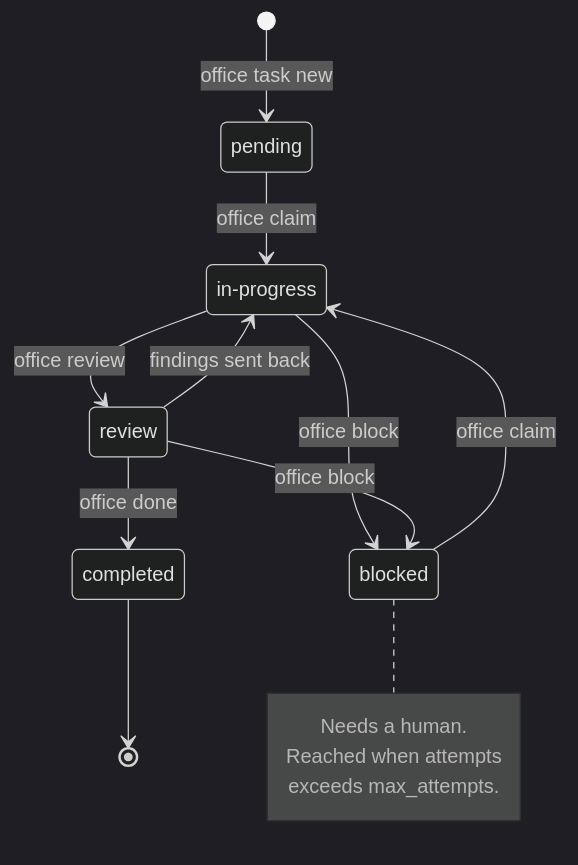
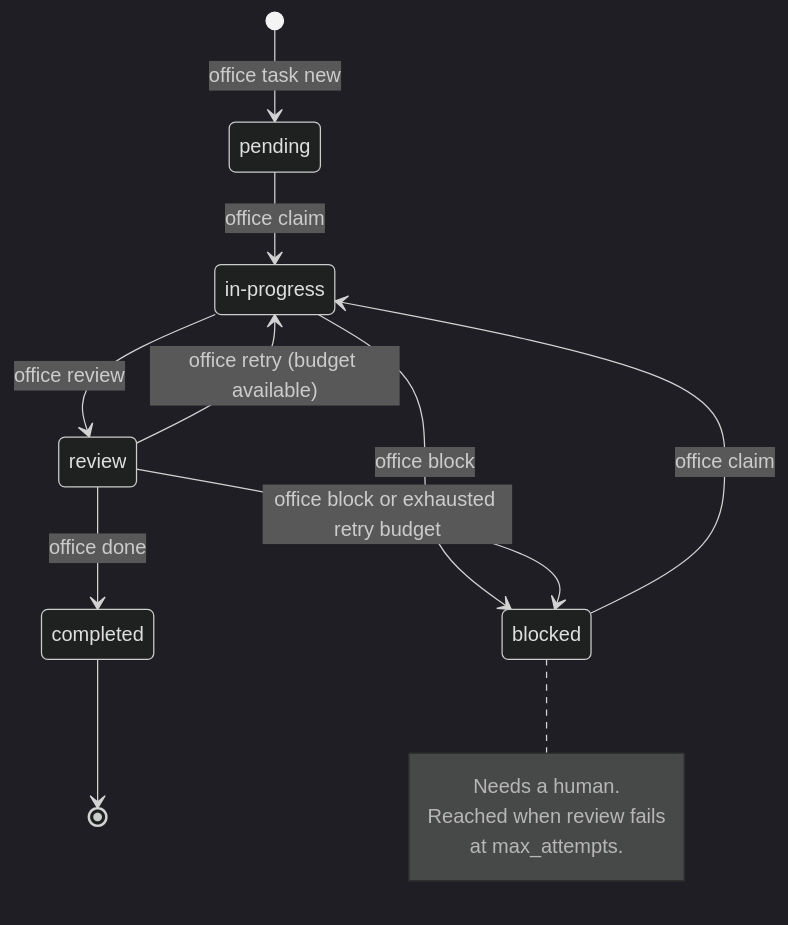
One commit to mbenencase/the-office changed the second of 2 diagrams in README.md. Above: the diagram before and after it, drawn with Mermaid (dark theme). The commit also changed other lines of this file and 14 other files, not shown here.

````diff
--- a/README.md
+++ b/README.md
@@ -77,20 +77,20 @@
 ```mermaid
 stateDiagram-v2
     state "in-progress" as inprog
 
     [*] --> pending : office task new
     pending --> inprog : office claim
     inprog --> review : office review
     review --> completed : office done
-    review --> inprog : findings sent back
+    review --> inprog : office retry (budget available)
     inprog --> blocked : office block
-    review --> blocked : office block
+    review --> blocked : office block or exhausted retry budget
     blocked --> inprog : office claim
     completed --> [*]
 
     note right of blocked
         Needs a human.
-        Reached when attempts
-        exceeds max_attempts.
+        Reached when review fails
+        at max_attempts.
     end note
 ```
````
